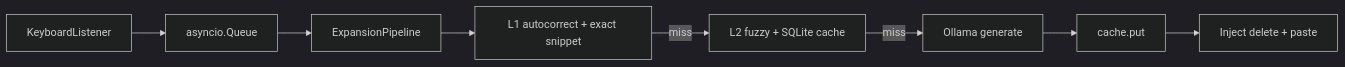
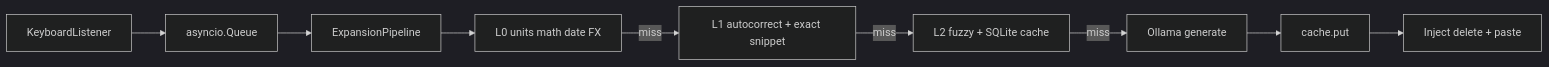
Before and after one commit to shreyas-shrestha/easify: the diagram in README.md, drawn with Mermaid (dark theme). The commit also changed other lines of this file and 18 other files, not shown here.

````diff
--- a/README.md
+++ b/README.md
@@ -18,10 +19,11 @@
 ```mermaid
 flowchart LR
   KB[KeyboardListener] --> Q[asyncio.Queue]
   Q --> P[ExpansionPipeline]
-  P --> L1[L1 autocorrect + exact snippet]
+  P --> L0[L0 units math date FX]
+  L0 -->|miss| L1[L1 autocorrect + exact snippet]
   L1 -->|miss| L2[L2 fuzzy + SQLite cache]
   L2 -->|miss| L3[Ollama generate]
   L3 --> C[cache.put]
   C --> INJ[Inject delete + paste]
 ```
````
